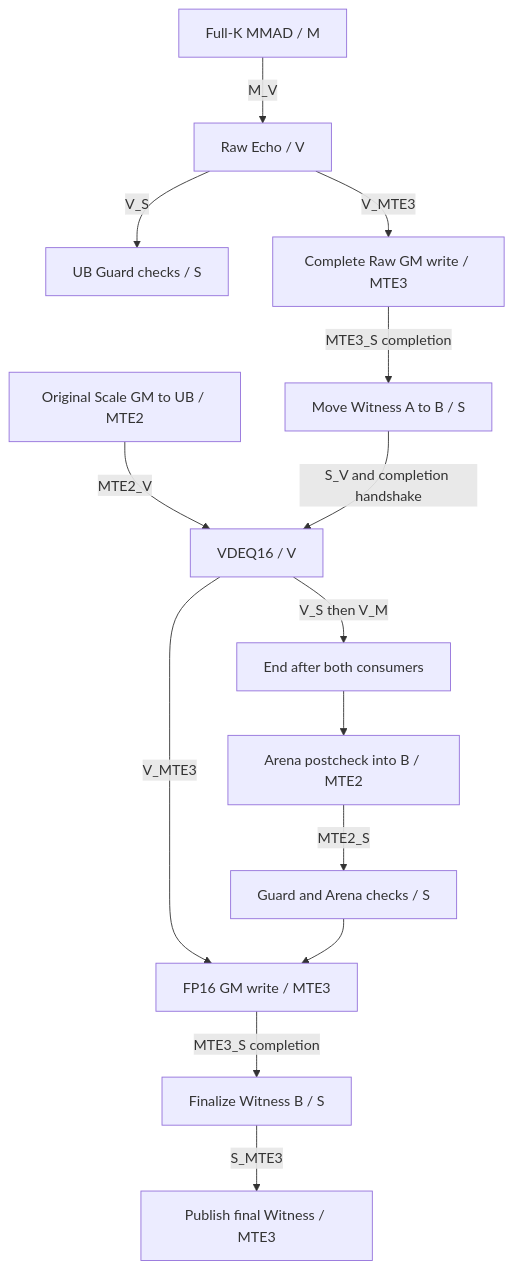
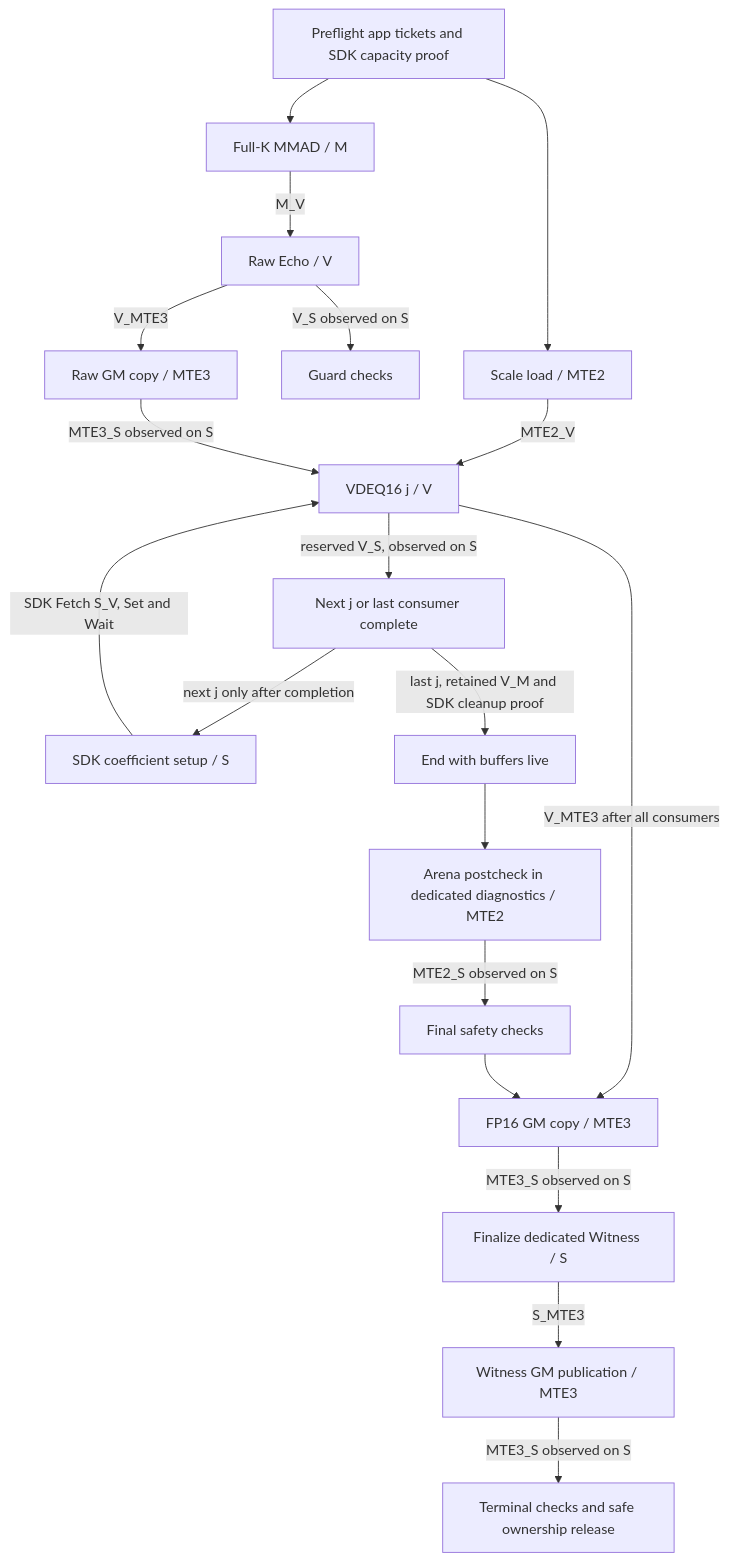
One commit to SuperFCZ/qwen3.5-4B-dflash changed the diagram in framework/custom_ops/draft_w8a8_output_dequant/stage4v_external_co1_vdeq16_phase2/MEMORY_EVENTS.md. Above: the diagram before and after it, drawn with Mermaid. The commit also changed other lines of this file and 11 other files, not shown here.

````diff
--- a/framework/custom_ops/draft_w8a8_output_dequant/stage4v_external_co1_vdeq16_phase2/MEMORY_EVENTS.md
+++ b/framework/custom_ops/draft_w8a8_output_dequant/stage4v_external_co1_vdeq16_phase2/MEMORY_EVENTS.md
@@ -97,16 +43,21 @@
 ```mermaid
 flowchart TD
-  Q[Original Scale GM to UB / MTE2] -->|MTE2_V| D[VDEQ16 / V]
-  M[Full-K MMAD / M] -->|M_V| E[Raw Echo / V]
-  E -->|V_S| G1[UB Guard checks / S]
-  E -->|V_MTE3| R[Complete Raw GM write / MTE3]
-  R -->|MTE3_S completion| S[Move Witness A to B / S]
-  S -->|S_V and completion handshake| D
-  D -->|V_S then V_M| END[End after both consumers]
-  END --> A[Arena postcheck into B / MTE2]
-  A -->|MTE2_S| G2[Guard and Arena checks / S]
-  D -->|V_MTE3| F[FP16 GM write / MTE3]
-  G2 --> F
-  F -->|MTE3_S completion| W[Finalize Witness B / S]
-  W -->|S_MTE3| WG[Publish final Witness / MTE3]
+  P[Preflight app tickets and SDK capacity proof] --> Q[Scale load / MTE2]
+  P --> M[Full-K MMAD / M]
+  Q -->|MTE2_V| D[VDEQ16 j / V]
+  M -->|M_V| E[Raw Echo / V]
+  E -->|V_S observed on S| G[Guard checks]
+  E -->|V_MTE3| R[Raw GM copy / MTE3]
+  R -->|MTE3_S observed on S| D
+  S[SDK coefficient setup / S] -->|SDK Fetch S_V, Set and Wait| D
+  D -->|reserved V_S, observed on S| N[Next j or last consumer complete]
+  N -->|next j only after completion| S
+  N -->|last j, retained V_M and SDK cleanup proof| END[End with buffers live]
+  END --> A[Arena postcheck in dedicated diagnostics / MTE2]
+  A -->|MTE2_S observed on S| C[Final safety checks]
+  D -->|V_MTE3 after all consumers| F[FP16 GM copy / MTE3]
+  C --> F
+  F -->|MTE3_S observed on S| W[Finalize dedicated Witness / S]
+  W -->|S_MTE3| WG[Witness GM publication / MTE3]
+  WG -->|MTE3_S observed on S| T[Terminal checks and safe ownership release]
 ```
````
